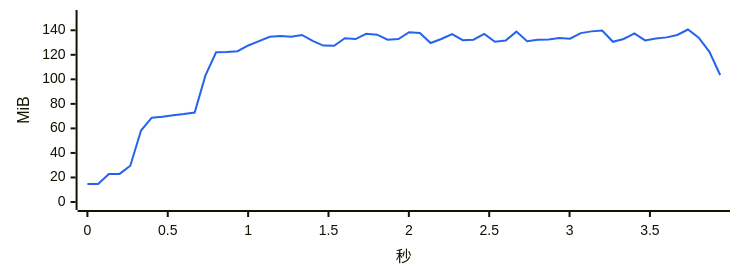
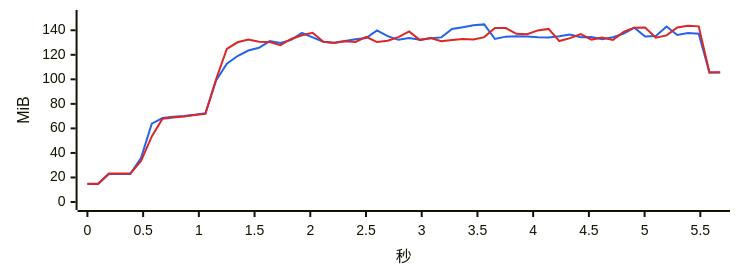
One commit to 334456777/WeFlow changed the fourth of 17 diagrams in bench/v4.0.0/summary.md. Above: the diagram before and after it, drawn with Mermaid. The commit also changed other lines of this file and 3 other files, not shown here.

````diff
--- a/bench/v4.0.0/summary.md
+++ b/bench/v4.0.0/summary.md
@@ -319,7 +320,8 @@
 ```mermaid
-%%{init: {"xyChart": {"width": 720, "height": 260}, "themeVariables": {"xyChart": {"plotColorPalette": "#2563eb"}}}}%%
+%%{init: {"xyChart": {"width": 720, "height": 260}, "themeVariables": {"xyChart": {"plotColorPalette": "#2563eb, #dc2626"}}}}%%
 xychart-beta
-    x-axis "秒" 0 --> 3.937
+    x-axis "秒" 0 --> 5.678
     y-axis "MiB" 0 --> 150
-    line [14.6, 14.6, 22.9, 22.9, 29.6, 58.3, 68.7, 69.5, 70.8, 71.7, 72.9, 103.0, 122.0, 122.2, 122.9, 127.6, 131.2, 134.7, 135.4, 134.7, 136.2, 131.3, 127.5, 127.4, 133.5, 132.8, 137.1, 136.4, 132.3, 132.8, 138.4, 137.7, 129.6, 132.9, 136.9, 131.9, 132.3, 137.1, 130.6, 131.6, 138.9, 131.1, 132.2, 132.5, 133.6, 133.1, 137.7, 139.1, 139.8, 130.6, 132.9, 137.4, 131.7, 133.2, 134.2, 136.2, 140.6, 133.9, 122.4, 103.5]
+    line [14.6, 14.6, 22.9, 22.9, 22.9, 35.8, 63.8, 68.4, 69.4, 70.2, 71.2, 72.4, 99.1, 112.7, 119.0, 123.5, 125.7, 131.2, 129.6, 132.2, 137.8, 134.2, 130.6, 129.8, 131.2, 132.6, 133.6, 139.9, 135.2, 132.2, 133.7, 132.2, 133.4, 134.2, 141.1, 142.4, 144.1, 144.8, 132.9, 134.8, 135.2, 134.9, 134.4, 134.1, 135.1, 136.5, 134.4, 134.5, 132.7, 134.3, 137.3, 142.1, 134.9, 135.4, 143.1, 136.2, 137.7, 137.1, 105.5, 105.5]
+    line [14.9, 14.9, 23.2, 23.2, 23.2, 33.4, 53.5, 67.9, 68.8, 69.7, 70.9, 71.8, 100.1, 124.8, 130.2, 132.5, 130.6, 130.5, 127.9, 132.9, 135.9, 137.9, 130.6, 129.7, 131.0, 130.5, 134.6, 130.4, 131.5, 134.4, 139.1, 132.0, 133.7, 131.0, 132.0, 132.8, 132.4, 134.4, 141.8, 141.8, 137.1, 136.8, 139.9, 141.1, 131.2, 133.6, 136.9, 132.4, 134.1, 132.1, 138.7, 142.1, 142.2, 133.9, 135.8, 142.2, 143.7, 143.2, 105.6, 105.8]
 ```
````
